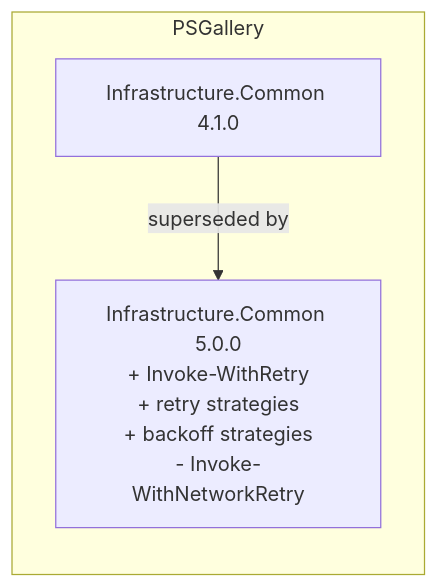
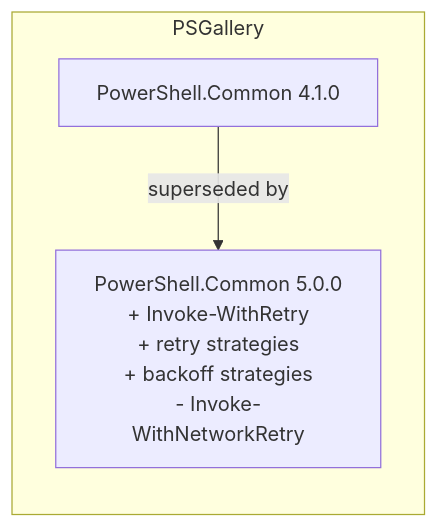
One commit to Klark-Morrigan/Common-PowerShell changed the sixth of 7 diagrams in docs/dev/implementation/44 - generalise retry/plan.md. Above: the diagram before and after it, drawn with Mermaid. The commit also changed other lines of this file and 57 other files, not shown here.

Commit message:
chore: rename repo to PowerShell-Common

````diff
--- a/docs/dev/implementation/44 - generalise retry/plan.md
+++ b/docs/dev/implementation/44 - generalise retry/plan.md
@@ -431,8 +431,8 @@
 ```mermaid
 graph LR
   subgraph PSGallery
-    V41[Infrastructure.Common 4.1.0]
-    V50[Infrastructure.Common 5.0.0<br/>+ Invoke-WithRetry<br/>+ retry strategies<br/>+ backoff strategies<br/>- Invoke-WithNetworkRetry]
+    V41[PowerShell.Common 4.1.0]
+    V50[PowerShell.Common 5.0.0<br/>+ Invoke-WithRetry<br/>+ retry strategies<br/>+ backoff strategies<br/>- Invoke-WithNetworkRetry]
   end
   V41 -->|superseded by| V50
 ```
````
